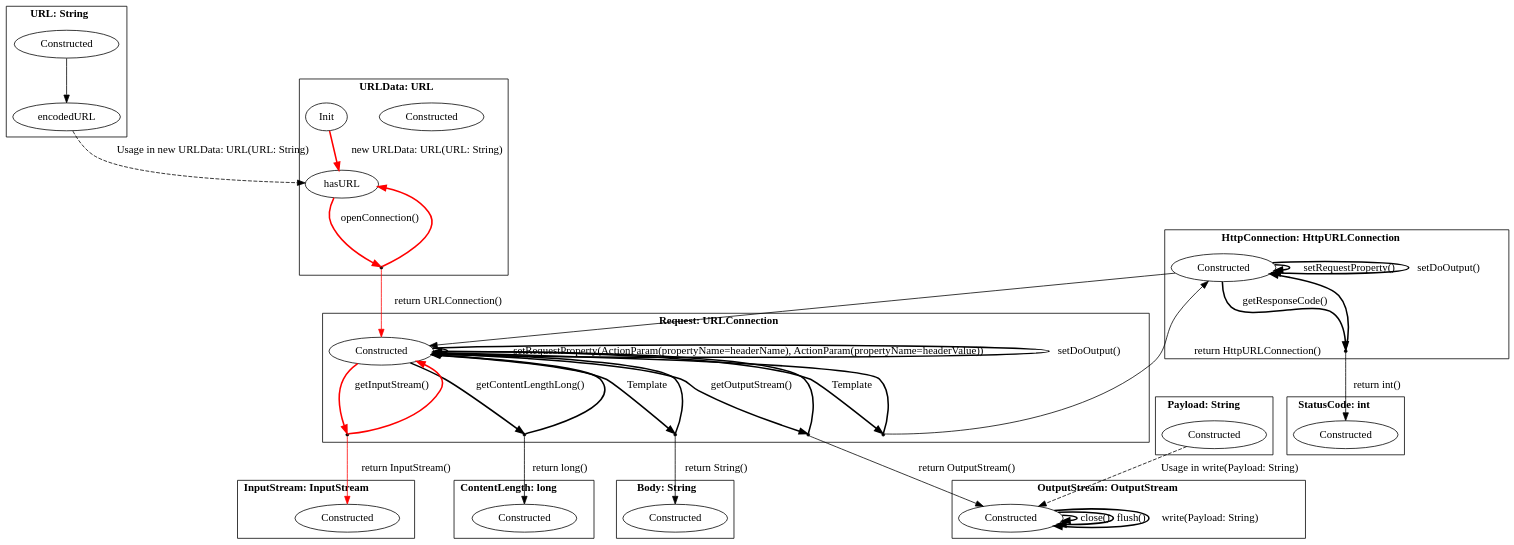
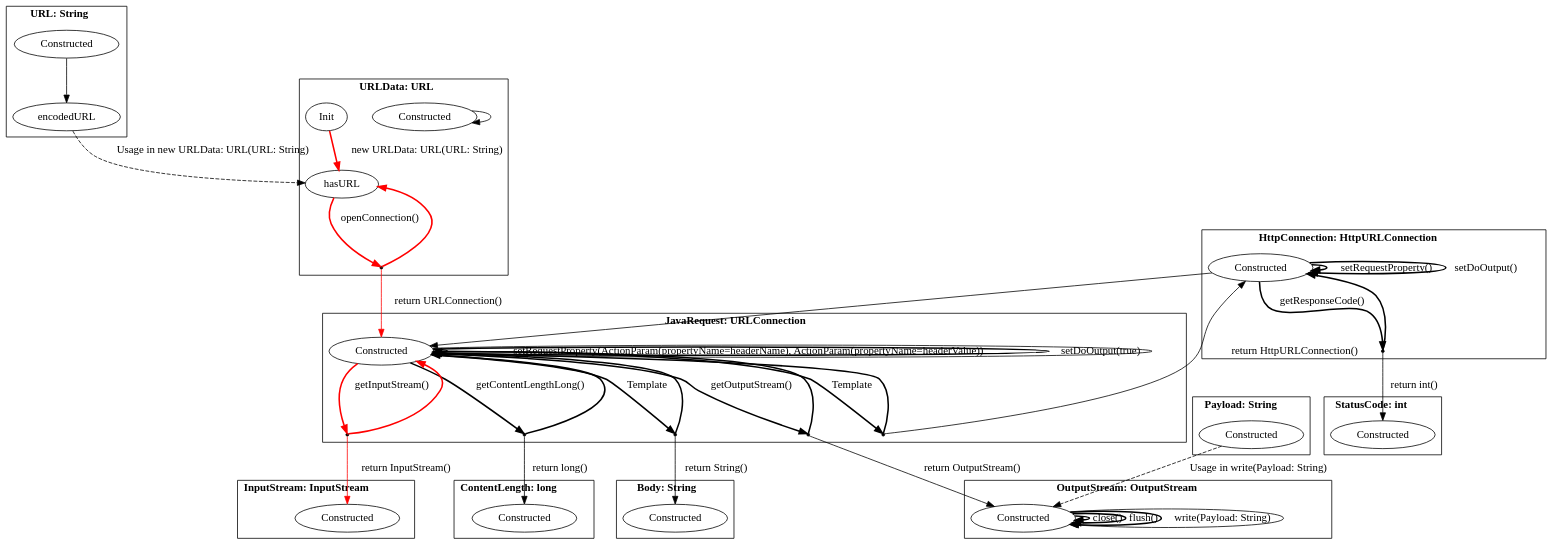
One commit to h31/LibraryMigration changed the diagram in pictures/extracted_javaOfficial.dot. Above: the diagram before and after it, drawn with Graphviz. The commit also changed 13 other files, not shown here.

```diff
--- a/pictures/extracted_javaOfficial.dot
+++ b/pictures/extracted_javaOfficial.dot
@@ -1,86 +1,89 @@
 digraph G {
     bgcolor="transparent";
     subgraph cluster0 {
     label = <<B>URL: String</B>>;
         Constructed_URL [ label="Constructed" ];
         encodedURL_URL [ label="encodedURL" ];
     }
     subgraph cluster1 {
     label = <<B>URLData: URL</B>>;
         Constructed_URLData [ label="Constructed" ];
         hasURL_URLData [ label="hasURL" ];
         Init_URLData [ label="Init" ];
         virtual0 [ shape = point ];
     }
     subgraph cluster2 {
-    label = <<B>Request: URLConnection</B>>;
-        Constructed_Request [ label="Constructed" ];
+    label = <<B>JavaRequest: URLConnection</B>>;
+        Constructed_JavaRequest [ label="Constructed" ];
         virtual1 [ shape = point ];
         virtual2 [ shape = point ];
         virtual3 [ shape = point ];
         virtual4 [ shape = point ];
         virtual5 [ shape = point ];
     }
     subgraph cluster3 {
     label = <<B>Body: String</B>>;
         Constructed_Body [ label="Constructed" ];
     }
     subgraph cluster4 {
     label = <<B>InputStream: InputStream</B>>;
         Constructed_InputStream [ label="Constructed" ];
     }
     subgraph cluster5 {
     label = <<B>ContentLength: long</B>>;
         Constructed_ContentLength [ label="Constructed" ];
     }
     subgraph cluster6 {
     label = <<B>StatusCode: int</B>>;
         Constructed_StatusCode [ label="Constructed" ];
     }
     subgraph cluster7 {
     label = <<B>HttpConnection: HttpURLConnection</B>>;
         Constructed_HttpConnection [ label="Constructed" ];
         virtual6 [ shape = point ];
     }
     subgraph cluster8 {
     label = <<B>OutputStream: OutputStream</B>>;
         Constructed_OutputStream [ label="Constructed" ];
     }
     subgraph cluster9 {
     label = <<B>Payload: String</B>>;
         Constructed_Payload [ label="Constructed" ];
     }
         Constructed_URL -> encodedURL_URL [ label="", style = "solid"  ];
         encodedURL_URL -> hasURL_URLData [ label="Usage in new URLData: URL(URL: String)", style = "dashed"  ];
         Init_URLData -> hasURL_URLData [ label="new URLData: URL(URL: String)", style = "bold" , color = red ];
         hasURL_URLData -> virtual0 [ style = "bold" label="openConnection()" , color = red ];
         virtual0 -> hasURL_URLData [ style = "bold" , color = red ];
-        virtual0 -> Constructed_Request [ label="return URLConnection()" , color = red ];
-        Constructed_Request -> virtual1 [ style = "bold" label="Template"  ];
-        virtual1 -> Constructed_Request [ style = "bold"  ];
+        virtual0 -> Constructed_JavaRequest [ label="return URLConnection()" , color = red ];
+        Constructed_URLData -> Constructed_URLData [ label="", style = "solid"  ];
+        Constructed_JavaRequest -> virtual1 [ style = "bold" label="Template"  ];
+        virtual1 -> Constructed_JavaRequest [ style = "bold"  ];
         virtual1 -> Constructed_Body [ label="return String()"  ];
-        Constructed_Request -> virtual2 [ style = "bold" label="getInputStream()" , color = red ];
-        virtual2 -> Constructed_Request [ style = "bold" , color = red ];
+        Constructed_JavaRequest -> virtual2 [ style = "bold" label="getInputStream()" , color = red ];
+        virtual2 -> Constructed_JavaRequest [ style = "bold" , color = red ];
         virtual2 -> Constructed_InputStream [ label="return InputStream()" , color = red ];
-        Constructed_Request -> Constructed_Request [ label="setRequestProperty(ActionParam(propertyName&#x3D;headerName), ActionParam(propertyName&#x3D;headerValue))", style = "bold"  ];
-        Constructed_Request -> Constructed_Request [ label="setDoOutput()", style = "bold"  ];
-        Constructed_Request -> virtual3 [ style = "bold" label="getContentLengthLong()"  ];
-        virtual3 -> Constructed_Request [ style = "bold"  ];
+        Constructed_JavaRequest -> Constructed_JavaRequest [ label="setRequestProperty(ActionParam(propertyName&#x3D;headerName), ActionParam(propertyName&#x3D;headerValue))", style = "bold"  ];
+        Constructed_JavaRequest -> Constructed_JavaRequest [ label="setDoOutput(true)", style = "bold"  ];
+        Constructed_JavaRequest -> virtual3 [ style = "bold" label="getContentLengthLong()"  ];
+        virtual3 -> Constructed_JavaRequest [ style = "bold"  ];
         virtual3 -> Constructed_ContentLength [ label="return long()"  ];
-        Constructed_Request -> virtual4 [ style = "bold" label="getOutputStream()"  ];
-        virtual4 -> Constructed_Request [ style = "bold"  ];
+        Constructed_JavaRequest -> virtual4 [ style = "bold" label="getOutputStream()"  ];
+        virtual4 -> Constructed_JavaRequest [ style = "bold"  ];
         virtual4 -> Constructed_OutputStream [ label="return OutputStream()"  ];
-        Constructed_Request -> virtual5 [ style = "bold" label="Template"  ];
-        virtual5 -> Constructed_Request [ style = "bold"  ];
+        Constructed_JavaRequest -> virtual5 [ style = "bold" label="Template"  ];
+        virtual5 -> Constructed_JavaRequest [ style = "bold"  ];
         virtual5 -> Constructed_HttpConnection [ label="return HttpURLConnection()"  ];
-        Constructed_HttpConnection -> Constructed_Request [ label="", style = "solid"  ];
+        Constructed_JavaRequest -> Constructed_JavaRequest [ label="", style = "solid"  ];
+        Constructed_HttpConnection -> Constructed_JavaRequest [ label="", style = "solid"  ];
         Constructed_HttpConnection -> virtual6 [ style = "bold" label="getResponseCode()"  ];
         virtual6 -> Constructed_HttpConnection [ style = "bold"  ];
         virtual6 -> Constructed_StatusCode [ label="return int()"  ];
         Constructed_HttpConnection -> Constructed_HttpConnection [ label="setRequestProperty()", style = "bold"  ];
         Constructed_HttpConnection -> Constructed_HttpConnection [ label="setDoOutput()", style = "bold"  ];
         Constructed_OutputStream -> Constructed_OutputStream [ label="close()", style = "bold"  ];
         Constructed_OutputStream -> Constructed_OutputStream [ label="flush()", style = "bold"  ];
         Constructed_OutputStream -> Constructed_OutputStream [ label="write(Payload: String)", style = "bold"  ];
+        Constructed_OutputStream -> Constructed_OutputStream [ label="", style = "solid"  ];
         Constructed_Payload -> Constructed_OutputStream [ label="Usage in write(Payload: String)", style = "dashed"  ];
 }
```
